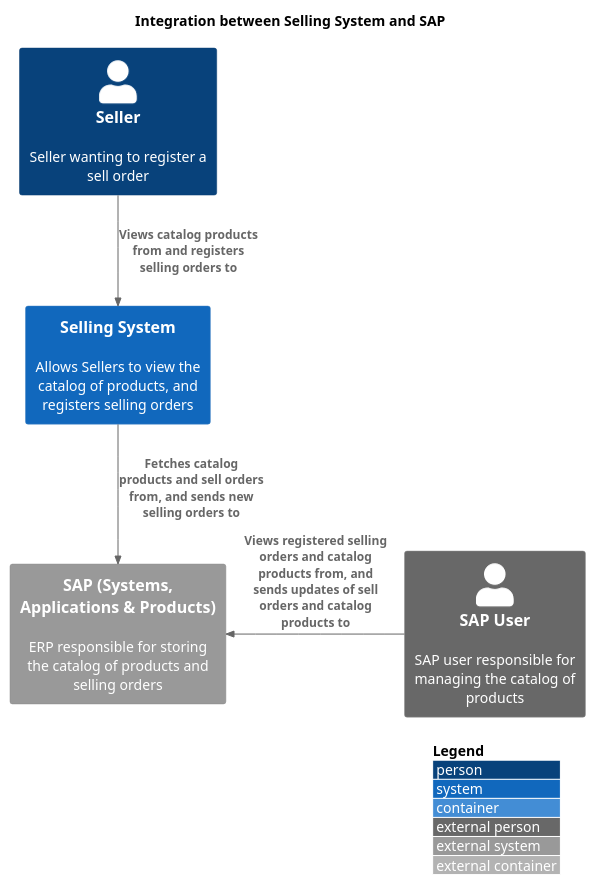
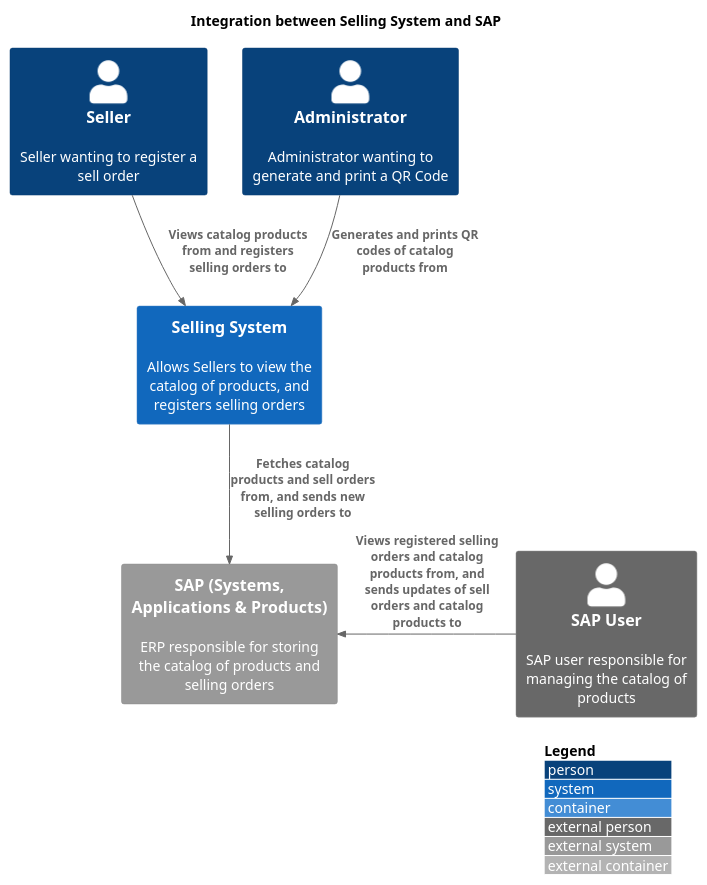
The diagram in c1.puml (guilherme-vp/selling-project-c4-diagram), drawn with PlantUML before and after one commit. The commit also changed 3 other files, not shown here.

Commit message:
add QR code generation flow and relationships

```diff
--- a/c1.puml
+++ b/c1.puml
@@ -1,19 +1,21 @@
 @startuml
 !include https://raw.githubusercontent.com/plantuml-stdlib/C4-PlantUML/master/C4_Container.puml
 
 title Integration between Selling System and SAP
 
 LAYOUT_WITH_LEGEND()
 
 ' Entities
 Person(seller, "Seller", "Seller wanting to register a sell order")
+Person(administrator, "Administrator", "Administrator wanting to generate and print a QR Code")
 System(selling, "Selling System", "Allows Sellers to view the catalog of products, and registers selling orders")
 System_Ext(sap, "SAP (Systems, Applications & Products)", "ERP responsible for storing the catalog of products and selling orders")
 Person_Ext(sapUser, "SAP User", "SAP user responsible for managing the catalog of products")
 
 ' Relationships
 Rel(seller, selling, "Views catalog products from and registers selling orders to")
+Rel(administrator, selling, "Generates and prints QR codes of catalog products from")
 Rel(selling, sap, "Fetches catalog products and sell orders from, and sends new selling orders to")
 Rel_L(sapUser, sap, "Views registered selling orders and catalog products from, and sends updates of sell orders and catalog products to")
 
 @enduml
```
